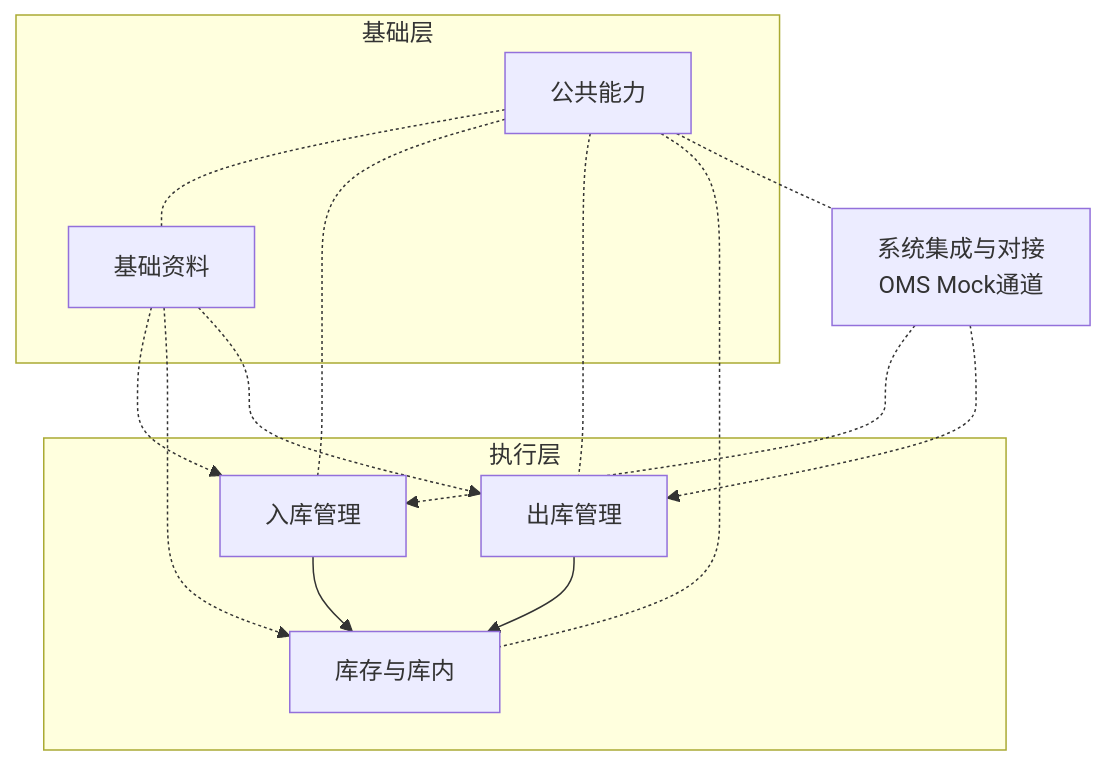
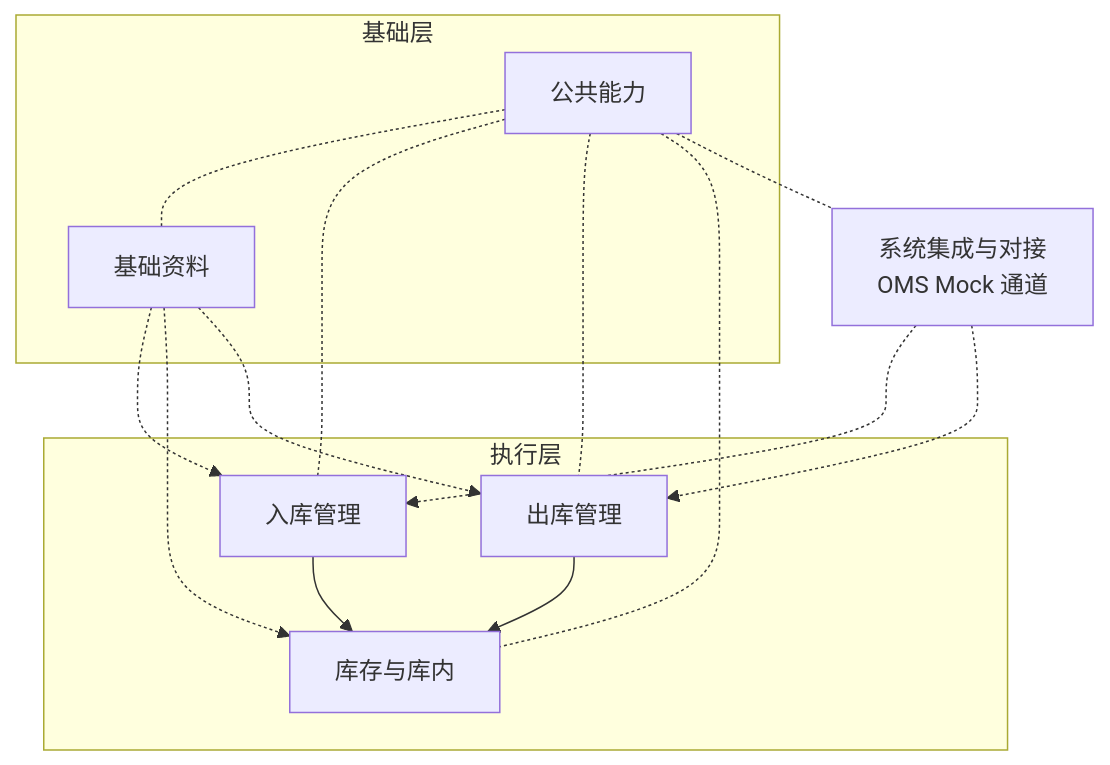
One commit to TopVitamin/QS-WMS-Project changed the second of 2 diagrams in 05-应用设计方案/20261002-MVP版本/系统架构设计/00-系统与模块地图.md. Above: the diagram before and after it, drawn with Mermaid. The commit also changed other lines of this file and 82 other files, not shown here.

````diff
--- a/05-应用设计方案/20261002-MVP版本/系统架构设计/00-系统与模块地图.md
+++ b/05-应用设计方案/20261002-MVP版本/系统架构设计/00-系统与模块地图.md
@@ -60,25 +57,25 @@
 ```mermaid
 flowchart TB
     subgraph 基础层
-        MD[基础资料]
-        COM[公共能力]
+        基础资料
+        公共能力
     end
     subgraph 执行层
-        IN[入库管理]
-        OUT[出库管理]
-        INV[库存与库内]
+        入库管理
+        出库管理
+        库存与库内
     end
-    INT[系统集成与对接<br/>OMS Mock通道]
-    MD -.-> IN
-    MD -.-> INV
-    MD -.-> OUT
-    INT -.-> IN
-    INT -.-> OUT
-    IN --> INV
-    OUT --> INV
-    COM -.- MD
-    COM -.- IN
-    COM -.- OUT
-    COM -.- INV
-    COM -.- INT
+    系统集成与对接[系统集成与对接<br/>OMS Mock 通道]
+    基础资料 -.-> 入库管理
+    基础资料 -.-> 库存与库内
+    基础资料 -.-> 出库管理
+    系统集成与对接 -.-> 入库管理
+    系统集成与对接 -.-> 出库管理
+    入库管理 --> 库存与库内
+    出库管理 --> 库存与库内
+    公共能力 -.- 基础资料
+    公共能力 -.- 入库管理
+    公共能力 -.- 出库管理
+    公共能力 -.- 库存与库内
+    公共能力 -.- 系统集成与对接
 ```
````
